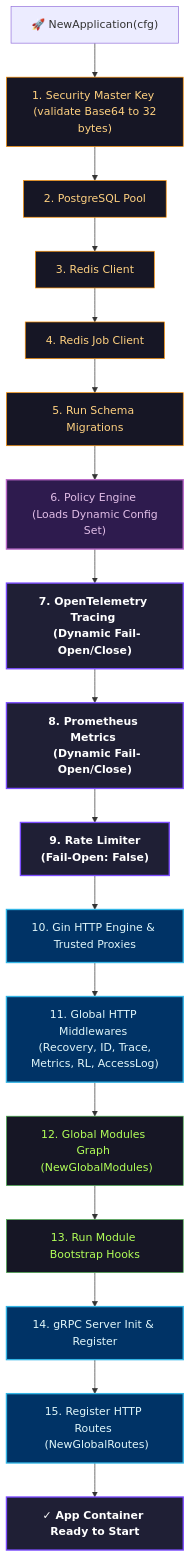
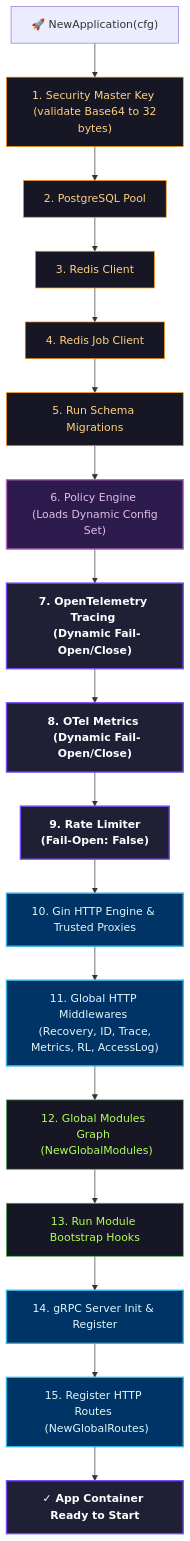
Before and after one commit to phucle996/aurora: the second of 3 diagrams in controlplane/docs/contract/application-graph-canonical-contract.md, drawn with Mermaid. The commit also changed other lines of this file and 71 other files, not shown here.

Commit message:
refactor: consolidate observability metrics and migrate from Prometheus to OpenTelemetry across all services

````diff
--- a/controlplane/docs/contract/application-graph-canonical-contract.md
+++ b/controlplane/docs/contract/application-graph-canonical-contract.md
@@ -53,38 +53,38 @@
 ```mermaid
 flowchart TD
     %% Styling
     classDef infraStyle fill:#161625,stroke:#FF9100,stroke-width:1px,color:#FFD180;
     classDef policyStyle fill:#2E1B4E,stroke:#BA68C8,stroke-width:2px,color:#E1BEE7;
     classDef obsStyle fill:#1F1F35,stroke:#7C4DFF,stroke-width:2px,color:#FFFFFF,font-weight:bold;
     classDef moduleStyle fill:#161625,stroke:#4CAF50,stroke-width:1px,color:#B2FF59;
     classDef transportStyle fill:#003366,stroke:#33b5e5,stroke-width:2px,color:#E0F7FA;
 
     Start["🚀 NewApplication(cfg)"] --> Key["1. Security Master Key <br/> (validate Base64 to 32 bytes)"]:::infraStyle
     
     %% Infra
     Key --> DB["2. PostgreSQL Pool"]:::infraStyle
     DB --> Redis["3. Redis Client"]:::infraStyle
     Redis --> RedisJob["4. Redis Job Client"]:::infraStyle
     RedisJob --> Mig["5. Run Schema Migrations"]:::infraStyle
 
     %% Policy Engine
     Mig --> Policy["6. Policy Engine <br/> (Loads Dynamic Config Set)"]:::policyStyle
 
     %% Observability
     Policy --> OTel["7. OpenTelemetry Tracing <br/> (Dynamic Fail-Open/Close)"]:::obsStyle
-    OTel --> Prom["8. Prometheus Metrics <br/> (Dynamic Fail-Open/Close)"]:::obsStyle
+    OTel --> Prom["8. OTel Metrics <br/> (Dynamic Fail-Open/Close)"]:::obsStyle
     Prom --> RL["9. Rate Limiter <br/> (Fail-Open: False)"]:::obsStyle
 
     %% HTTP Engine & Mid
     RL --> Gin["10. Gin HTTP Engine & Trusted Proxies"]:::transportStyle
     Gin --> Mid["11. Global HTTP Middlewares <br/> (Recovery, ID, Trace, Metrics, RL, AccessLog)"]:::transportStyle
 
     %% Modules
     Mid --> Mod["12. Global Modules Graph <br/> (NewGlobalModules)"]:::moduleStyle
     Mod --> Hooks["13. Run Module Bootstrap Hooks"]:::moduleStyle
 
     %% Transport entry
     Hooks --> gRPC["14. gRPC Server Init & Register"]:::transportStyle
     gRPC --> Route["15. Register HTTP Routes <br/> (NewGlobalRoutes)"]:::transportStyle
     Route --> Ready["✓ App Container Ready to Start"]:::obsStyle
 ```
````
